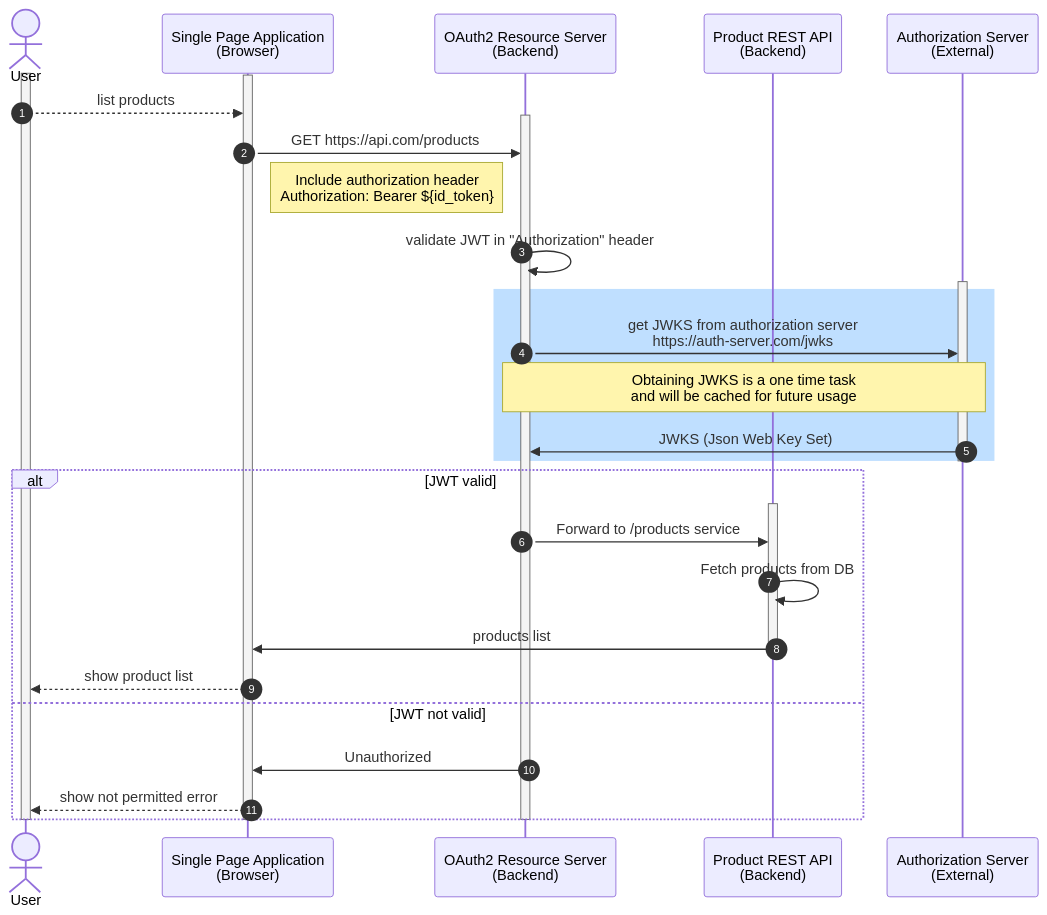
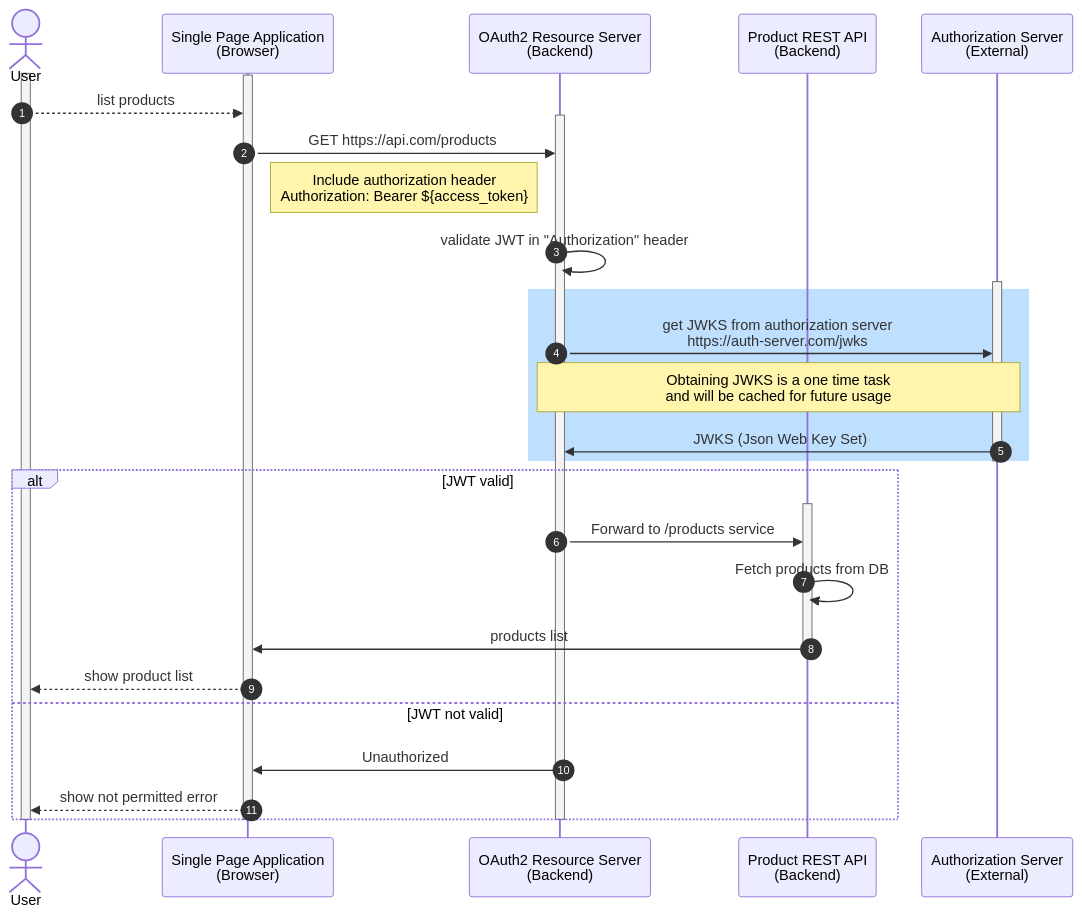
One commit to IMS94/spring-boot-jwt-auth-server changed the second of 2 diagrams in README.md. Above: the diagram before and after it, drawn with Mermaid. The commit also changed other lines of this file and 5 other files, not shown here.

Commit message:
Add support for `at+jwt` JWT header and update to use access_token over id_token for authentication

````diff
--- a/README.md
+++ b/README.md
@@ -63,48 +68,48 @@
 ```mermaid
 sequenceDiagram
     autonumber
     
     actor User
     participant SPA as Single Page Application<br/>(Browser)
     participant Filter as OAuth2 Resource Server<br>(Backend)
     participant API as Product REST API<br>(Backend)
     participant Auth as Authorization Server<br>(External)
     
     activate User
     activate SPA
     
     User -->> SPA: list products
     
     activate Filter
     
     SPA ->> Filter: GET https://api.com/products
-    Note right of SPA: Include authorization header<br/>Authorization: Bearer ${id_token}
+    Note right of SPA: Include authorization header<br/>Authorization: Bearer ${access_token}
     
     Filter ->> Filter: validate JWT in "Authorization" header
     
     activate Auth
     rect rgb(191, 223, 255)
     Filter ->> Auth: get JWKS from authorization server<br/>https://auth-server.com/jwks
     Note over Filter,Auth: Obtaining JWKS is a one time task<br/>and will be cached for future usage
     Auth ->> Filter: JWKS (Json Web Key Set)
     end
     deactivate Auth
     
     alt JWT valid
         activate API
         Filter ->> API: Forward to /products service
         API ->> API: Fetch products from DB
         API ->> SPA: products list
         deactivate API
         SPA -->> User: show product list
     else JWT not valid
         Filter ->> SPA: Unauthorized
         SPA -->> User: show not permitted error
     end
     
     deactivate Filter
     
     deactivate User
     deactivate SPA
 
 ```
````
